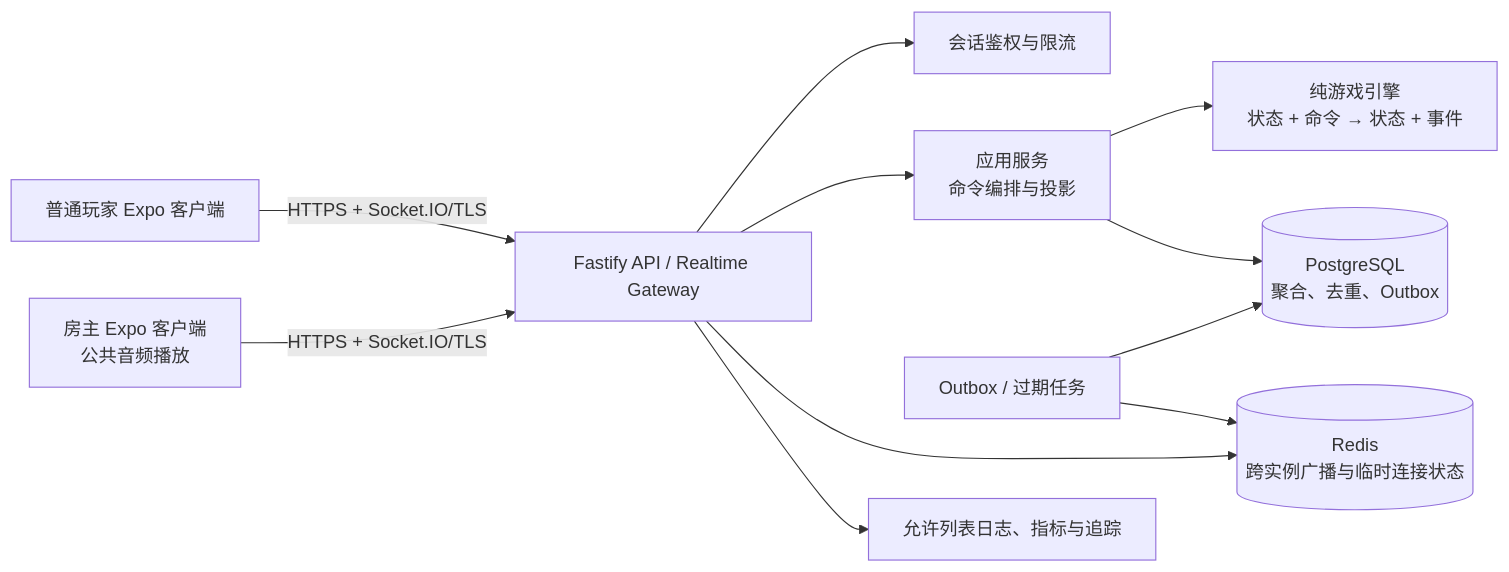
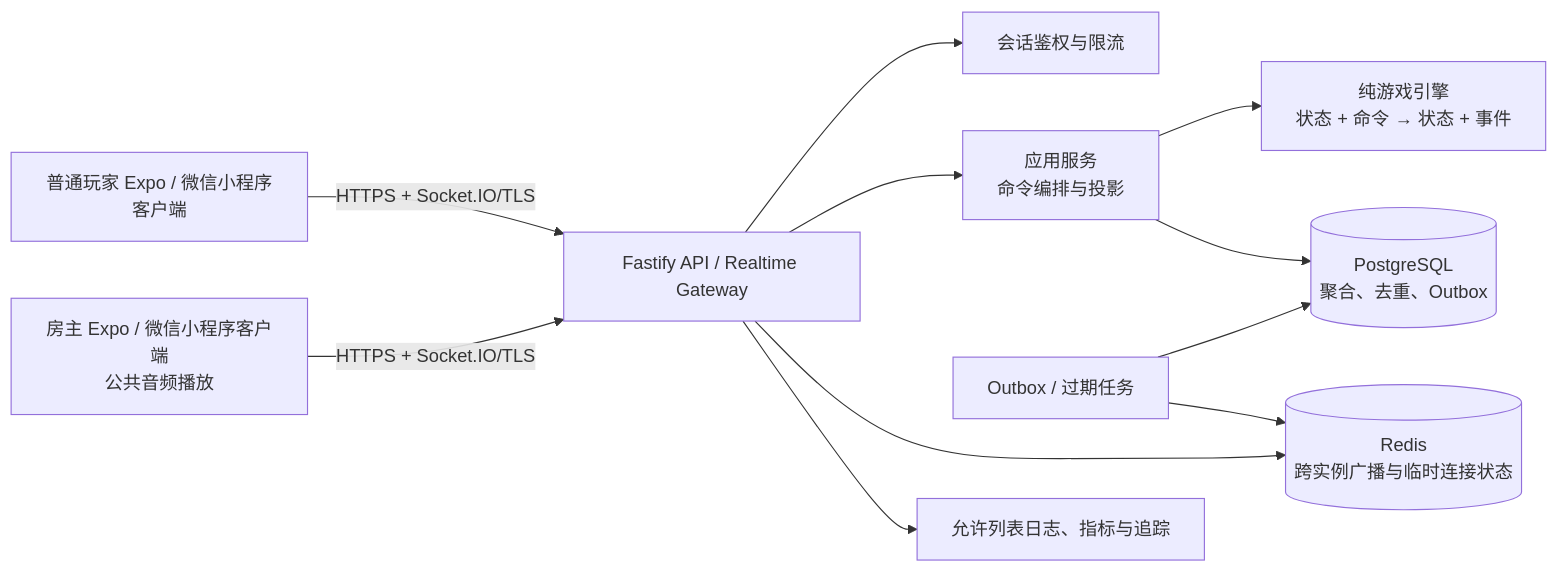
Before and after one commit to Anguy491/Avalon: the first of 3 diagrams in docs/architecture/README.md, drawn with Mermaid. The commit also changed other lines of this file and 93 other files, not shown here.

````diff
--- a/docs/architecture/README.md
+++ b/docs/architecture/README.md
@@ -17,13 +17,13 @@
 ```mermaid
 flowchart LR
-    P["普通玩家 Expo 客户端"] -->|"HTTPS + Socket.IO/TLS"| API["Fastify API / Realtime Gateway"]
-    H["房主 Expo 客户端\n公共音频播放"] -->|"HTTPS + Socket.IO/TLS"| API
+    P["普通玩家 Expo / 微信小程序客户端"] -->|"HTTPS + Socket.IO/TLS"| API["Fastify API / Realtime Gateway"]
+    H["房主 Expo / 微信小程序客户端\n公共音频播放"] -->|"HTTPS + Socket.IO/TLS"| API
     API --> AUTH["会话鉴权与限流"]
     API --> APP["应用服务\n命令编排与投影"]
     APP --> ENGINE["纯游戏引擎\n状态 + 命令 → 状态 + 事件"]
     APP --> PG[("PostgreSQL\n聚合、去重、Outbox")]
     API --> REDIS[("Redis\n跨实例广播与临时连接状态")]
     WORKER["Outbox / 过期任务"] --> PG
     WORKER --> REDIS
     API --> OBS["允许列表日志、指标与追踪"]
 ```
````
